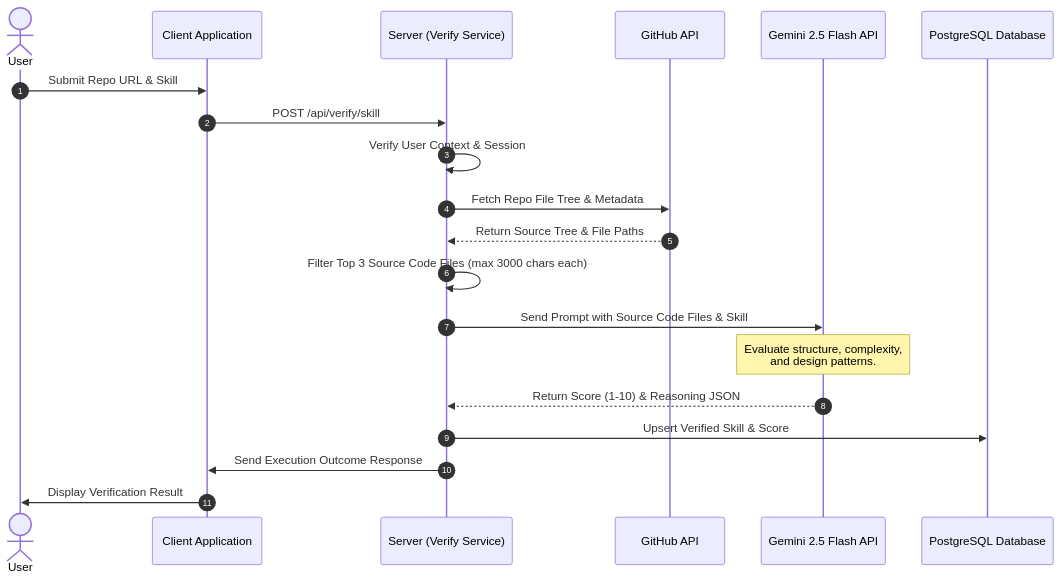
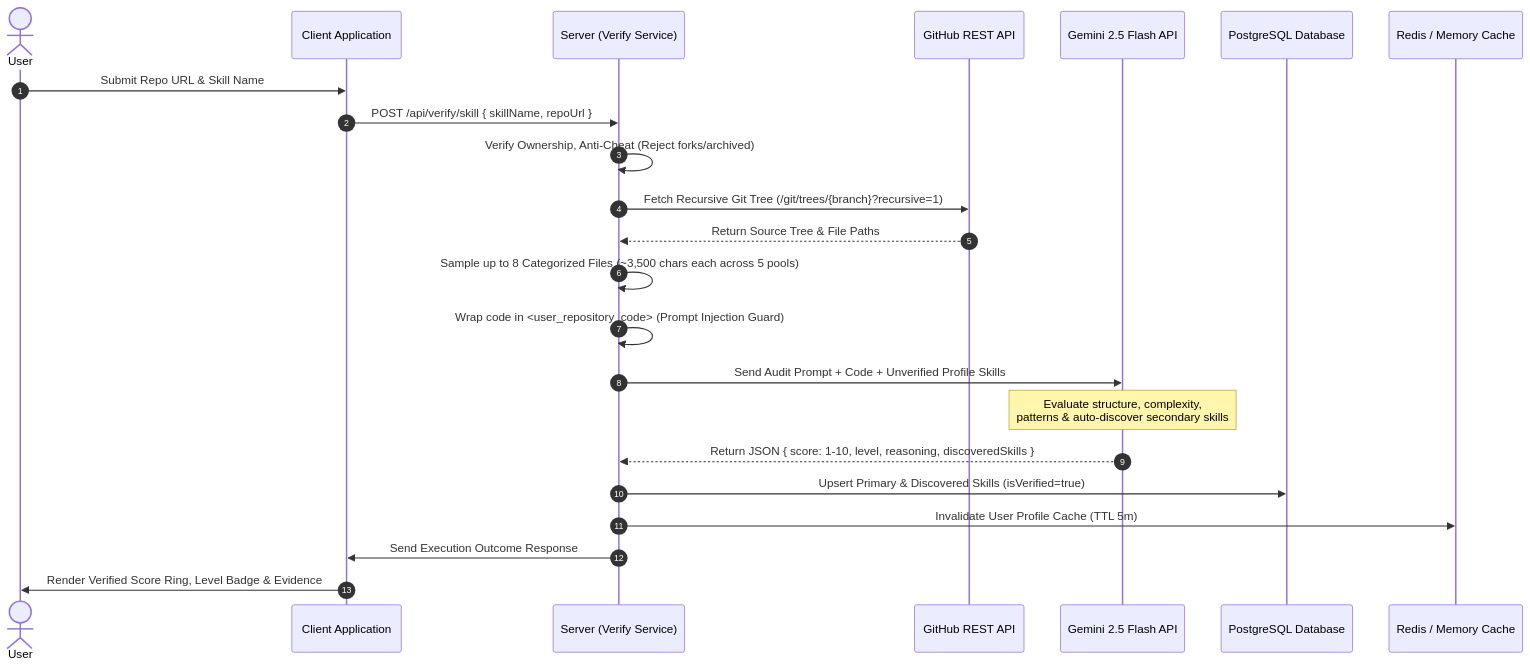
Before and after one commit to KshitizD07/Skill-Sphere: the second of 5 diagrams in docs/system_design.md, drawn with Mermaid. The commit also changed other lines of this file and 1 other file, not shown here.

````diff
--- a/docs/system_design.md
+++ b/docs/system_design.md
@@ -105,23 +114,26 @@
 ```mermaid
 sequenceDiagram
     autonumber
     actor User
     participant Client as Client Application
     participant API as Server (Verify Service)
-    participant GH as GitHub API
+    participant GH as GitHub REST API
     participant AI as Gemini 2.5 Flash API
     participant DB as PostgreSQL Database
+    participant Cache as Redis / Memory Cache
 
-    User->>Client: Submit Repo URL & Skill
-    Client->>API: POST /api/verify/skill
-    API->>API: Verify User Context & Session
-    API->>GH: Fetch Repo File Tree & Metadata
+    User->>Client: Submit Repo URL & Skill Name
+    Client->>API: POST /api/verify/skill { skillName, repoUrl }
+    API->>API: Verify Ownership, Anti-Cheat (Reject forks/archived)
+    API->>GH: Fetch Recursive Git Tree (/git/trees/{branch}?recursive=1)
     GH-->>API: Return Source Tree & File Paths
-    API->>API: Filter Top 3 Source Code Files (max 3000 chars each)
-    API->>AI: Send Prompt with Source Code Files & Skill
-    Note over AI: Evaluate structure, complexity,<br/>and design patterns.
-    AI-->>API: Return Score (1-10) & Reasoning JSON
-    API->>DB: Upsert Verified Skill & Score
+    API->>API: Sample up to 8 Categorized Files (~3,500 chars each across 5 pools)
+    API->>API: Wrap code in <user_repository_code> (Prompt Injection Guard)
+    API->>AI: Send Audit Prompt + Code + Unverified Profile Skills
+    Note over AI: Evaluate structure, complexity,<br/>patterns & auto-discover secondary skills
+    AI-->>API: Return JSON { score: 1-10, level, reasoning, discoveredSkills }
+    API->>DB: Upsert Primary & Discovered Skills (isVerified=true)
+    API->>Cache: Invalidate User Profile Cache (TTL 5m)
     API->>Client: Send Execution Outcome Response
-    Client->>User: Display Verification Result
+    Client->>User: Render Verified Score Ring, Level Badge & Evidence
 ```
````
